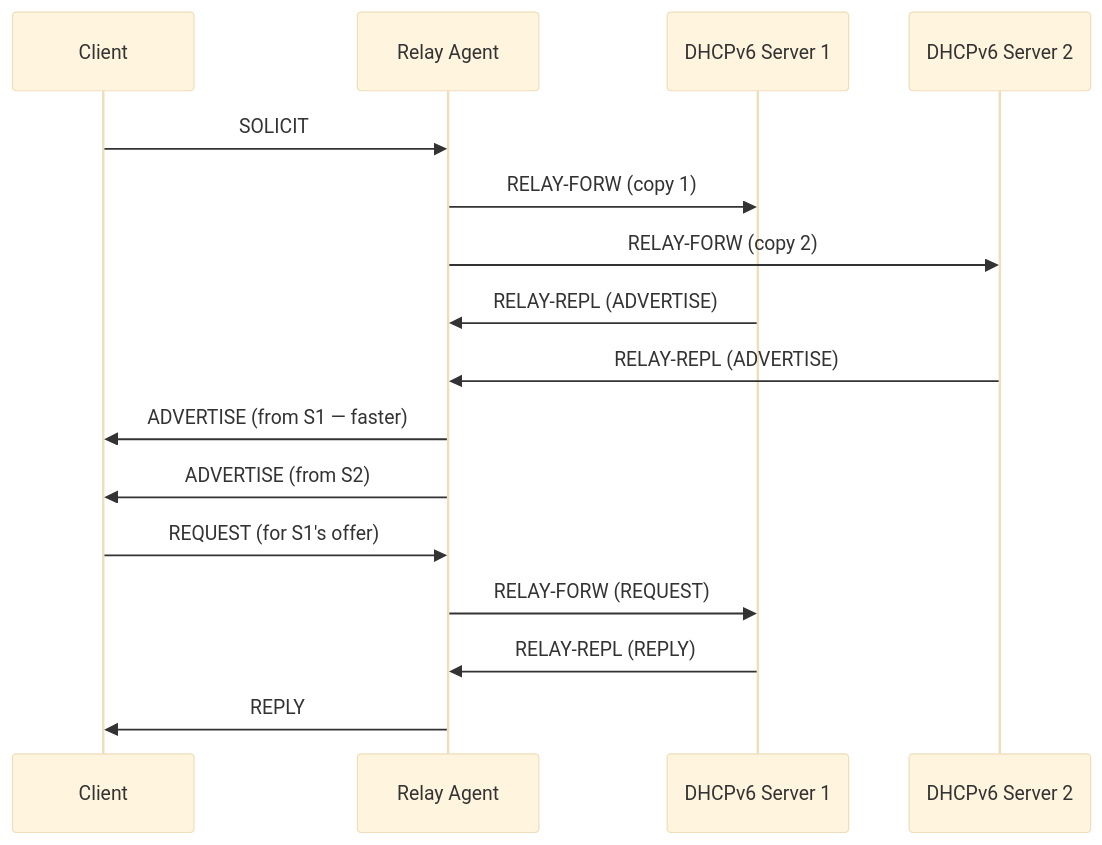
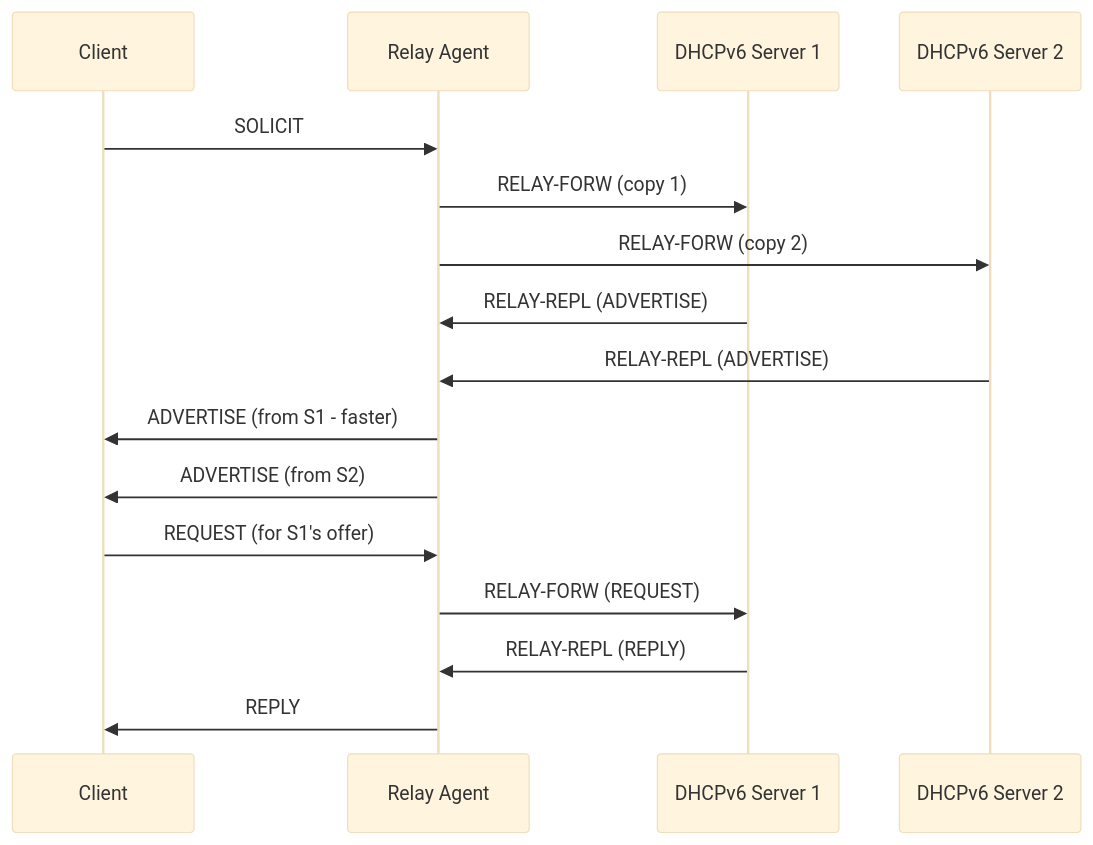
Before and after one commit to wildfirebill-web/oneuptime-blog: the diagram in posts/2026-03-20-dhcpv6-relay-multiple-servers/README.md, drawn with Mermaid (base theme). The commit also changed other lines of this file and 41565 other files, not shown here.

````diff
--- a/posts/2026-03-20-dhcpv6-relay-multiple-servers/README.md
+++ b/posts/2026-03-20-dhcpv6-relay-multiple-servers/README.md
@@ -13,19 +13,19 @@
 ```mermaid
 sequenceDiagram
     participant C as Client
     participant R as Relay Agent
     participant S1 as DHCPv6 Server 1
     participant S2 as DHCPv6 Server 2
 
     C->>R: SOLICIT
     R->>S1: RELAY-FORW (copy 1)
     R->>S2: RELAY-FORW (copy 2)
     S1->>R: RELAY-REPL (ADVERTISE)
     S2->>R: RELAY-REPL (ADVERTISE)
-    R->>C: ADVERTISE (from S1 — faster)
+    R->>C: ADVERTISE (from S1 - faster)
     R->>C: ADVERTISE (from S2)
     C->>R: REQUEST (for S1's offer)
     R->>S1: RELAY-FORW (REQUEST)
     S1->>R: RELAY-REPL (REPLY)
     R->>C: REPLY
 ```
````
